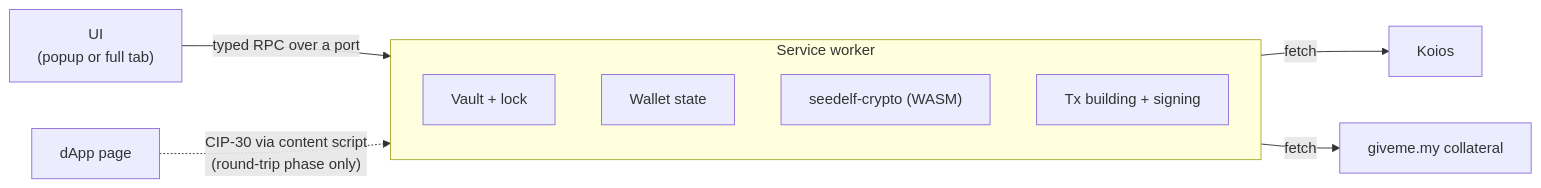
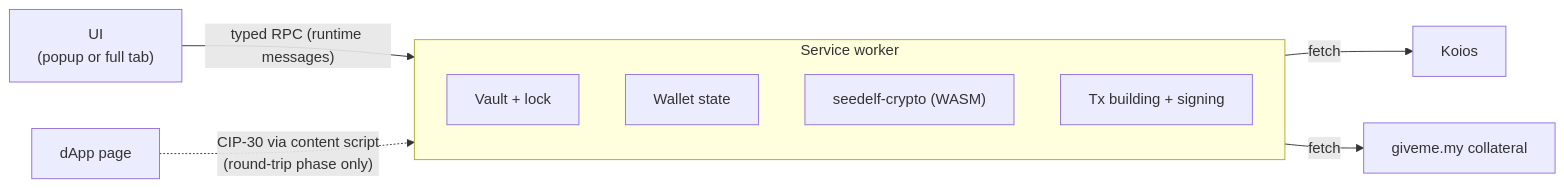
One commit to logical-mechanism/Seedelf-Wallet changed the diagram in seedelf-platform/seedelf-web-wallet/docs/architecture.md. Above: the diagram before and after it, drawn with Mermaid. The commit also changed other lines of this file and 62 other files, not shown here.

First line of the commit message:
add the web wallet vault, onboarding and lock (roadmap chunk 5)

````diff
--- a/seedelf-platform/seedelf-web-wallet/docs/architecture.md
+++ b/seedelf-platform/seedelf-web-wallet/docs/architecture.md
@@ -7,13 +7,13 @@
 ```mermaid
 flowchart LR
-  UI["UI<br/>(popup or full tab)"] -- "typed RPC over a port" --> SW
+  UI["UI<br/>(popup or full tab)"] -- "typed RPC (runtime messages)" --> SW
   subgraph SW["Service worker"]
     Vault["Vault + lock"]
     Wallet["Wallet state"]
     Crypto["seedelf-crypto (WASM)"]
     Tx["Tx building + signing"]
   end
   SW -- "fetch" --> Koios["Koios"]
   SW -- "fetch" --> Collat["giveme.my collateral"]
   Page["dApp page"] -. "CIP-30 via content script<br/>(round-trip phase only)" .-> SW
 ```
````
